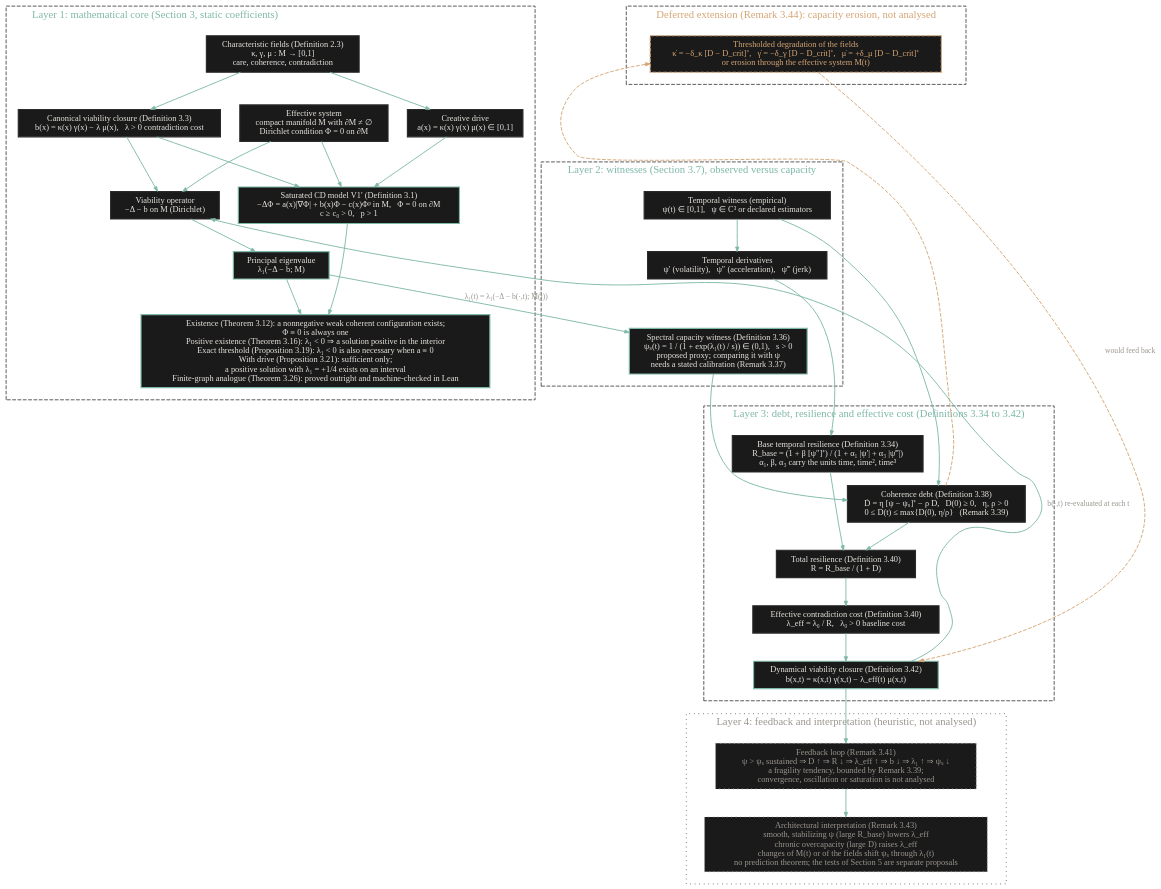
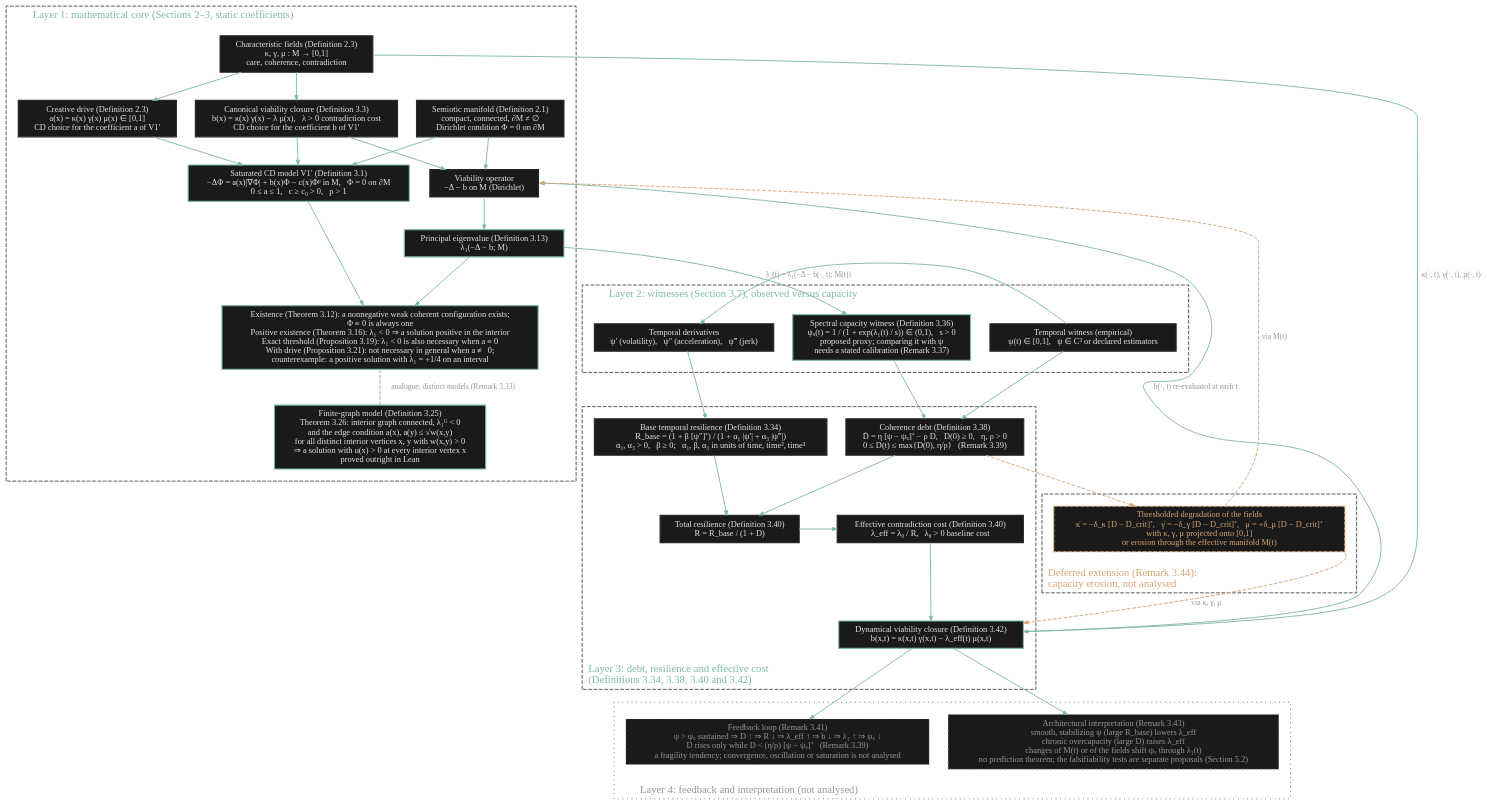
The diagram in paper/cd_stack.dot (Project-Navi/navi-creative-determinant), drawn with Graphviz before and after one commit. The commit also changed 13 other files, not shown here.

First line of the commit message:
fix(paper): repair the stack diagram's dependencies and hypotheses and anchor its citation check

```diff
--- a/paper/cd_stack.dot
+++ b/paper/cd_stack.dot
@@ -1,23 +1,58 @@
 // The Creative Determinant stack: one source for the docs diagram and the paper figures.
 //
-// Structure and labels live here. Every statement number is a paper number (Sections 2-3 of
-// creative_determinant.tex); scripts/check_stack_citations.py checks them against the rebuilt
-// PDF in CI. paper/stack_figures.py renders this file as the brand-themed SVG for the docs
-// site and, with a print palette, as the two paper figures (clusters L1 for Figure 1; L2, L3,
-// L4 and EXT plus the two Layer 1 context nodes OP and LAM for Figure 2).
+// Structure and labels live here; statement numbers are paper numbers. paper/stack_figures.py
+// renders this file as the brand-themed SVG for the docs site and, with a print palette, as the
+// two paper figures (cluster L1 for Figure 1; clusters L2, L3, L4 and EXT plus the Layer 1
+// context nodes FIELDS, OP and LAM for Figure 2).
 //
 // `label` is the full text shown on the docs site; `plabel`, where present, is the compact
 // text used in the paper figures, whose captions and surrounding text carry the details.
+// The other `p` attributes (plabeljust, ptailport, pconstraint) likewise apply only to the
+// paper figures, whose node order differs from the docs layout.
 // Regenerate with `make -C paper` after editing (needs graphviz and python3).
 //
 // Styling follows the Project Navi brand guide (background #141414, text #e8e4de, accent
 // #7eb8a8; tiers #7eb8a8 positive, #d4a574 neutral, #9a958e muted), as in the
 // takens-formalization proof-architecture diagram.
+//
+// Expected statement headers, read by scripts/check_stack_citations.py. Every statement or
+// section cited below (and on docs/explanation/cd-stack.md) has one line here, giving its
+// title as pdftotext prints it. A statement title runs through the character that closes it
+// (")" or, for Theorem 3.26, ";"), so a shortened or lengthened title fails the check.
+// Section titles run on into the text and are matched by their start.
+// cites: Definition 2.1 = Semiotic manifold)
+// cites: Definition 2.3 = Characteristic fields)
+// cites: Definition 3.1 = Autonomous viability model with saturation (V1’))
+// cites: Definition 3.3 = Canonical viability closure)
+// cites: Theorem 3.12 = Existence of a nonnegative weak coherent configuration)
+// cites: Definition 3.13 = Principal eigenvalue and viability threshold)
+// cites: Theorem 3.16 = Existence of a positive weak coherent configuration)
+// cites: Proposition 3.19 = Exact threshold without a gradient term)
+// cites: Proposition 3.21 = A positive continuum solution below the linear threshold)
+// cites: Definition 3.25 = Finite-graph CD problem)
+// cites: Theorem 3.26 = Positive solution on a finite graph;
+// cites: Remark 3.33 = Three models that must not be identified)
+// cites: Definition 3.34 = Base temporal resilience factor)
+// cites: Definition 3.36 = Spectral capacity witness)
+// cites: Remark 3.37 = Meaning of ψs)
+// cites: Definition 3.38 = Coherence debt dynamics)
+// cites: Remark 3.39 = Interpretation: asymmetric cost of mismatch)
+// cites: Definition 3.40 = Total resilience and effective contradiction cost)
+// cites: Remark 3.41 = Burnout spiral as feedback)
+// cites: Definition 3.42 = Dynamical viability closure)
+// cites: Remark 3.43 = Architectural interpretation)
+// cites: Remark 3.44 = Capacity erosion as a future-work extension)
+// cites: Section 2 = Mathematical setup
+// cites: Section 3 = Main PDE Results
+// cites: Section 3.6 = The finite-graph model
+// cites: Section 3.7 = Temporal resilience and coherence debt
+// cites: Section 5.2 = Falsifiability protocols
 
 digraph cd_stack {
   rankdir=TB
   newrank=true
   bgcolor="transparent"
+  forcelabels=true
   nodesep=0.35
   ranksep=0.5
   node [fontname="DM Sans" fontsize=11 style=filled fillcolor="#1a1a1a"
@@ -28,8 +63,8 @@
 
   // ---------- L1 ----------
   subgraph cluster_L1 {
-    label="Layer 1: mathematical core (Section 3, static coefficients)"
-    plabel="Mathematical core (Section 3)"
+    label="Layer 1: mathematical core (Sections 2–3, static coefficients)"
+    plabel="Mathematical core (Sections 2–3)"
     labeljust=l
     fontname="Fraunces"
     fontsize=14
@@ -39,24 +74,27 @@
     margin=16
 
     FIELDS [label="Characteristic fields (Definition 2.3)\nκ, γ, μ : M → [0,1]\ncare, coherence, contradiction"
-            plabel="Characteristic fields (Definition 2.3)\nκ, γ, μ ∈ [0,1]"]
-    ADEF [label="Creative drive\na(x) = κ(x) γ(x) μ(x) ∈ [0,1]"
-          plabel="Creative drive\na = κγμ"]
-    BDEF0 [label="Canonical viability closure (Definition 3.3)\nb(x) = κ(x) γ(x) − λ μ(x),   λ > 0 contradiction cost"
-           plabel="Canonical closure (Definition 3.3)\nb = κγ − λμ"]
-    SYS [label="Effective system\ncompact manifold M with ∂M ≠ ∅\nDirichlet condition Φ = 0 on ∂M"
-         plabel="Compact M, ∂M ≠ ∅\nΦ = 0 on ∂M"]
-    PDE [label="Saturated CD model V1′ (Definition 3.1)\n−ΔΦ = a(x)|∇Φ| + b(x)Φ − c(x)Φᵖ in M,   Φ = 0 on ∂M\nc ≥ c₀ > 0,   p > 1"
-         plabel="Model V1′ (Definition 3.1)\n−ΔΦ = a|∇Φ| + bΦ − cΦᵖ"
+            plabel="Characteristic fields\n(Definition 2.3)\nκ, γ, μ ∈ [0,1]"]
+    ADEF [label="Creative drive (Definition 2.3)\na(x) = κ(x) γ(x) μ(x) ∈ [0,1]\nCD choice for the coefficient a of V1′"
+          plabel="Creative drive (Definition 2.3)\na = κγμ (CD choice for a)"]
+    BDEF0 [label="Canonical viability closure (Definition 3.3)\nb(x) = κ(x) γ(x) − λ μ(x),   λ > 0 contradiction cost\nCD choice for the coefficient b of V1′"
+           plabel="Canonical closure (Definition 3.3)\nb = κγ − λμ (CD choice for b)"]
+    SYS [label="Semiotic manifold (Definition 2.1)\ncompact, connected, ∂M ≠ ∅\nDirichlet condition Φ = 0 on ∂M"
+         plabel="Semiotic manifold (Definition 2.1)\ncompact, connected, ∂M ≠ ∅\nΦ = 0 on ∂M"]
+    PDE [label="Saturated CD model V1′ (Definition 3.1)\n−ΔΦ = a(x)|∇Φ| + b(x)Φ − c(x)Φᵖ in M,   Φ = 0 on ∂M\n0 ≤ a ≤ 1,   c ≥ c₀ > 0,   p > 1"
+         plabel="Model V1′ (Definition 3.1)\n−ΔΦ = a|∇Φ| + bΦ − cΦᵖ\n0 ≤ a ≤ 1,  c ≥ c₀ > 0,  p > 1"
          color="#7eb8a8"]
     OP [label="Viability operator\n−Δ − b on M (Dirichlet)"
         plabel="Operator −Δ − b"]
-    LAM [label="Principal eigenvalue\nλ₁(−Δ − b; M)"
-         plabel="λ₁(−Δ − b; M)"
+    LAM [label="Principal eigenvalue (Definition 3.13)\nλ₁(−Δ − b; M)"
+         plabel="λ₁(−Δ − b; M)\n(Definition 3.13)"
          color="#7eb8a8"]
-    RESULTS [label="Existence (Theorem 3.12): a nonnegative weak coherent configuration exists;\nΦ ≡ 0 is always one\nPositive existence (Theorem 3.16): λ₁ < 0 ⇒ a solution positive in the interior\nExact threshold (Proposition 3.19): λ₁ < 0 is also necessary when a ≡ 0\nWith drive (Proposition 3.21): sufficient only;\na positive solution with λ₁ = +1/4 exists on an interval\nFinite-graph analogue (Theorem 3.26): proved outright and machine-checked in Lean"
-             plabel="Theorem 3.12: a nonnegative solution exists (Φ ≡ 0 is one)\nTheorem 3.16: λ₁ < 0 ⇒ a positive solution\nProposition 3.19: also necessary when a ≡ 0\nProposition 3.21: sufficient only with drive\nTheorem 3.26: finite-graph analogue (Lean)"
+    RESULTS [label="Existence (Theorem 3.12): a nonnegative weak coherent configuration exists;\nΦ ≡ 0 is always one\nPositive existence (Theorem 3.16): λ₁ < 0 ⇒ a solution positive in the interior\nExact threshold (Proposition 3.19): λ₁ < 0 is also necessary when a ≡ 0\nWith drive (Proposition 3.21): not necessary in general when a ≢ 0;\ncounterexample: a positive solution with λ₁ = +1/4 on an interval"
+             plabel="Theorem 3.12: a nonnegative solution exists (Φ ≡ 0 is one)\nTheorem 3.16: λ₁ < 0 ⇒ a solution with Φ > 0 in M°\nProposition 3.19: also necessary when a ≡ 0\nProposition 3.21: not necessary in general when a ≢ 0"
              color="#7eb8a8"]
+    FGRAPH [label="Finite-graph model (Definition 3.25)\nTheorem 3.26: interior graph connected, λ₁ᴳ < 0\nand the edge condition a(x), a(y) ≤ √w(x,y)\nfor all distinct interior vertices x, y with w(x,y) > 0\n⇒ a solution with u(x) > 0 at every interior vertex x\nproved outright in Lean"
+           plabel="Finite-graph model (Definition 3.25)\nTheorem 3.26: interior graph connected, λ₁ᴳ < 0,\nedge condition a(x), a(y) ≤ √w(x,y)\nfor all distinct x, y ∈ I with w(x,y) > 0\n⇒ a solution with u(x) > 0 for all x ∈ I (Lean)"
+           color="#7eb8a8"]
 
     FIELDS -> ADEF
     FIELDS -> BDEF0
@@ -65,9 +103,9 @@
     BDEF0 -> OP
     SYS -> PDE
     SYS -> OP
-    OP -> LAM
     PDE -> RESULTS
     LAM -> RESULTS
+    RESULTS -> FGRAPH [style=dashed dir=none label="  analogue; distinct models (Remark 3.33)" plabel="  analogue (Remark 3.33)"]
   }
 
   // ---------- L2 ----------
@@ -75,6 +113,7 @@
     label="Layer 2: witnesses (Section 3.7), observed versus capacity"
     plabel="Witnesses (Section 3.7)"
     labeljust=l
+    plabeljust=r
     fontname="Fraunces"
     fontsize=14
     fontcolor="#7eb8a8"
@@ -87,18 +126,20 @@
     DER [label="Temporal derivatives\nψ′ (volatility),   ψ″ (acceleration),   ψ‴ (jerk)"
          plabel="ψ′, ψ″, ψ‴"]
     PSIS [label="Spectral capacity witness (Definition 3.36)\nψₛ(t) = 1 / (1 + exp(λ₁(t) / s)) ∈ (0,1),   s > 0\nproposed proxy; comparing it with ψ\nneeds a stated calibration (Remark 3.37)"
-          plabel="Spectral capacity witness (Definition 3.36)\nψₛ = 1 / (1 + exp(λ₁/s))"
+          plabel="Spectral capacity witness\n(Definition 3.36)\nψₛ = 1 / (1 + exp(λ₁/s))"
           color="#7eb8a8"]
 
+    { rank=same; PSI; DER }
     PSI -> DER
-    DER -> PSIS [style=invis]
   }
 
   // ---------- L3 ----------
   subgraph cluster_L3 {
-    label="Layer 3: debt, resilience and effective cost (Definitions 3.34 to 3.42)"
-    plabel="Debt, resilience, effective cost (Definitions 3.34 to 3.42)"
+    label="Layer 3: debt, resilience and effective cost\l(Definitions 3.34, 3.38, 3.40 and 3.42)\l"
+    plabel="Debt, resilience,\leffective cost\l"
     labeljust=l
+    plabeljust=r
+    labelloc=b
     fontname="Fraunces"
     fontsize=14
     fontcolor="#7eb8a8"
@@ -106,16 +147,16 @@
     style=dashed
     margin=16
 
-    RBASE [label="Base temporal resilience (Definition 3.34)\nR_base = (1 + β [ψ″]⁺) / (1 + α₁ |ψ′| + α₃ |ψ‴|)\nα₁, β, α₃ carry the units time, time², time³"
+    RBASE [label="Base temporal resilience (Definition 3.34)\nR_base = (1 + β [ψ″]⁺) / (1 + α₁ |ψ′| + α₃ |ψ‴|)\nα₁, α₃ > 0,   β ≥ 0;   α₁, β, α₃ in units of time, time², time³"
            plabel="Base resilience R_base\n(Definition 3.34)"]
     DEBT [label="Coherence debt (Definition 3.38)\nḊ = η [ψ − ψₛ]⁺ − ρ D,   D(0) ≥ 0,   η, ρ > 0\n0 ≤ D(t) ≤ max{D(0), η/ρ}   (Remark 3.39)"
-          plabel="Coherence debt (Definition 3.38)\nḊ = η[ψ − ψₛ]⁺ − ρD"]
+          plabel="Coherence debt\n(Definition 3.38)\nḊ = η[ψ − ψₛ]⁺ − ρD"]
     RTOT [label="Total resilience (Definition 3.40)\nR = R_base / (1 + D)"
           plabel="R = R_base / (1 + D)\n(Definition 3.40)"]
     LAMEFF [label="Effective contradiction cost (Definition 3.40)\nλ_eff = λ₀ / R,   λ₀ > 0 baseline cost"
             plabel="λ_eff = λ₀ / R\n(Definition 3.40)"]
     BDEF [label="Dynamical viability closure (Definition 3.42)\nb(x,t) = κ(x,t) γ(x,t) − λ_eff(t) μ(x,t)"
-          plabel="Dynamical closure (Definition 3.42)\nb(x,t) = κγ − λ_eff(t) μ"
+          plabel="Dynamical closure\n(Definition 3.42)\nb(x,t) = κγ − λ_eff(t) μ"
           color="#7eb8a8"]
 
     PSI -> DEBT
@@ -123,15 +164,17 @@
     DER -> RBASE
     DEBT -> RTOT
     RBASE -> RTOT
+    { rank=same; RTOT; LAMEFF }
     RTOT -> LAMEFF
     LAMEFF -> BDEF
   }
 
   // ---------- L4 ----------
   subgraph cluster_L4 {
-    label="Layer 4: feedback and interpretation (heuristic, not analysed)"
-    plabel="Feedback and interpretation (heuristic)"
+    label="Layer 4: feedback and interpretation (not analysed)"
+    plabel="Feedback and interpretation (not analysed)"
     labeljust=l
+    labelloc=b
     fontname="Fraunces"
     fontsize=14
     fontcolor="#9a958e"
@@ -139,21 +182,22 @@
     style=dotted
     margin=16
 
-    LOOP [label="Feedback loop (Remark 3.41)\nψ > ψₛ sustained ⇒ D ↑ ⇒ R ↓ ⇒ λ_eff ↑ ⇒ b ↓ ⇒ λ₁ ↑ ⇒ ψₛ ↓\na fragility tendency, bounded by Remark 3.39;\nconvergence, oscillation or saturation is not analysed"
-          plabel="Feedback loop (Remark 3.41)\na tendency, not analysed"
+    LOOP [label="Feedback loop (Remark 3.41)\nψ > ψₛ sustained ⇒ D ↑ ⇒ R ↓ ⇒ λ_eff ↑ ⇒ b ↓ ⇒ λ₁ ↑ ⇒ ψₛ ↓\nD rises only while D < (η/ρ) [ψ − ψₛ]⁺   (Remark 3.39)\na fragility tendency; convergence, oscillation or saturation is not analysed"
+          plabel="Feedback loop\n(Remark 3.41)\na tendency, not analysed"
           style="filled,dotted" fontcolor="#9a958e" color="#9a958e"]
-    INTERP [label="Architectural interpretation (Remark 3.43)\nsmooth, stabilizing ψ (large R_base) lowers λ_eff\nchronic overcapacity (large D) raises λ_eff\nchanges of M(t) or of the fields shift ψₛ through λ₁(t)\nno prediction theorem; the tests of Section 5 are separate proposals"
+    INTERP [label="Architectural interpretation (Remark 3.43)\nsmooth, stabilizing ψ (large R_base) lowers λ_eff\nchronic overcapacity (large D) raises λ_eff\nchanges of M(t) or of the fields shift ψₛ through λ₁(t)\nno prediction theorem; the falsifiability tests are separate proposals (Section 5.2)"
             plabel="Architectural interpretation\n(Remark 3.43)"
             style="filled,dotted" fontcolor="#9a958e" color="#9a958e"]
 
-    LOOP -> INTERP
+    { rank=same; LOOP; INTERP }
   }
 
   // ---------- EXT ----------
   subgraph cluster_EXT {
-    label="Deferred extension (Remark 3.44): capacity erosion, not analysed"
-    plabel="Deferred (Remark 3.44)"
+    label="Deferred extension (Remark 3.44):\lcapacity erosion, not analysed\l"
+    plabel="Deferred\l(Remark 3.44)\l"
     labeljust=l
+    labelloc=b
     fontname="Fraunces"
     fontsize=14
     fontcolor="#d4a574"
@@ -161,15 +205,25 @@
     style=dashed
     margin=16
 
-    EROSION [label="Thresholded degradation of the fields\nκ̇ = −δ_κ [D − D_crit]⁺,   γ̇ = −δ_γ [D − D_crit]⁺,   μ̇ = +δ_μ [D − D_crit]⁺\nor erosion through the effective system M(t)"
+    EROSION [label="Thresholded degradation of the fields\nκ̇ = −δ_κ [D − D_crit]⁺,   γ̇ = −δ_γ [D − D_crit]⁺,   μ̇ = +δ_μ [D − D_crit]⁺\nwith κ, γ, μ projected onto [0,1]\nor erosion through the effective manifold M(t)"
              plabel="Capacity erosion\nof κ, γ, μ or M(t)"
              style="filled,dashed" fontcolor="#d4a574" color="#d4a574"]
   }
 
   // ---------- cross-layer edges ----------
-  LAM -> PSIS [label="λ₁(t) = λ₁(−Δ − b(·,t); M(t))" plabel="λ₁(t)"]
-  BDEF -> OP [label="b(·,t) re-evaluated at each t" plabel="updates b(·,t)" constraint=false]
+  // The two feedback edges into OP are written head first with dir=back, so each is drawn as an
+  // arrow into OP. OP -> BDEF takes part in the ranking of the paper figure, where OP is in the
+  // top row, and not in the docs diagram (constraint=false), where OP is inside Layer 1. In the
+  // docs diagram both leave OP from its east side, and EROSION -> BDEF leaves from the south-east
+  // corner, below the left-justified title of the deferred cluster; the paper figure resets the
+  // OP ports to the centre (ptailport=c), which keeps its edge labels clear of the other edges.
+  OP -> LAM
+  LAM -> PSIS [label="  λ₁(t) = λ₁(−Δ − b(·, t); M(t))" plabel="  λ₁(t)"]
+  FIELDS -> BDEF [label="  κ(·, t), γ(·, t), μ(·, t)" plabel="  κ, γ, μ at time t"]
+  OP -> BDEF [dir=back constraint=false pconstraint=true tailport=e ptailport=c label="  b(·, t) re-evaluated at each t" plabel="  updates\l  b(·, t)\l"]
   BDEF -> LOOP
-  DEBT -> EROSION [style=dashed color="#d4a574" constraint=false]
-  EROSION -> BDEF [style=dashed color="#d4a574" label="would feed back" constraint=false]
+  BDEF -> INTERP
+  DEBT -> EROSION [style=dashed color="#d4a574"]
+  EROSION -> BDEF [tailport=se style=dashed color="#d4a574" label="  via κ, γ, μ"]
+  OP -> EROSION [dir=back tailport=e ptailport=c style=dashed color="#d4a574" label="  via M(t)"]
 }
```
